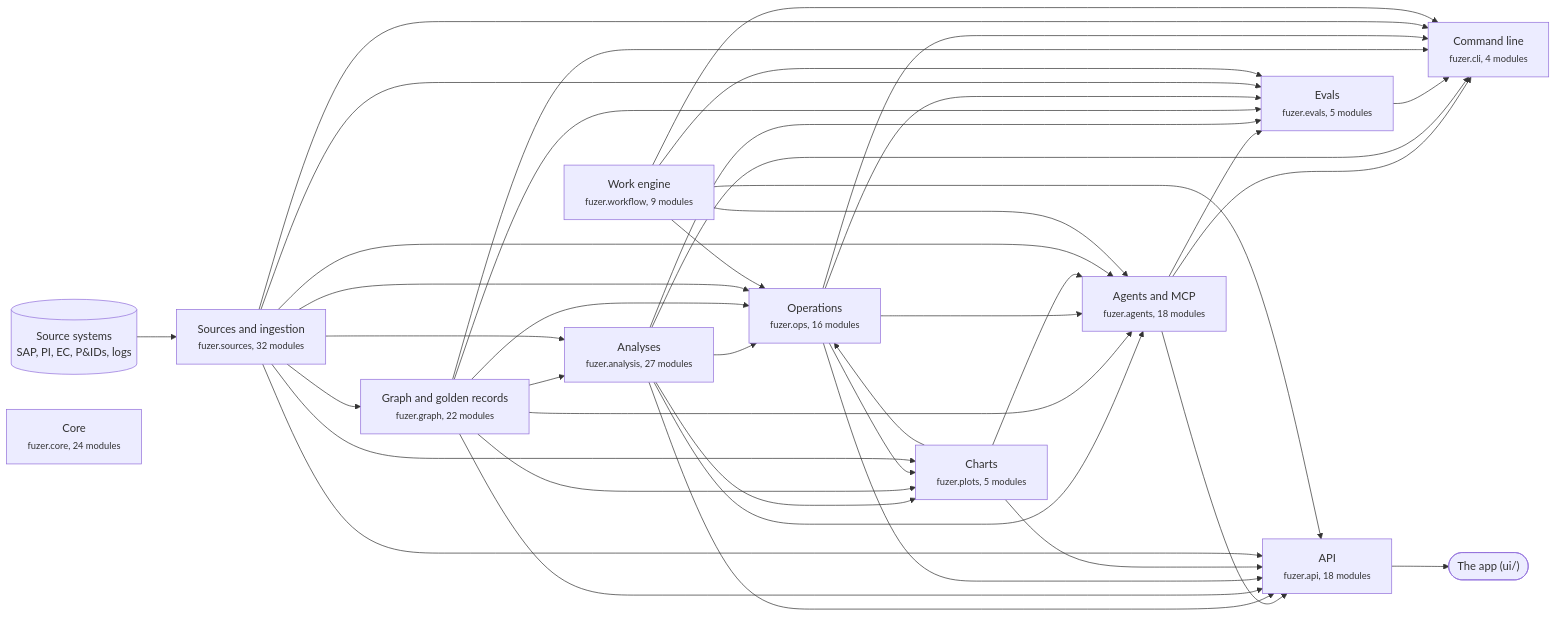
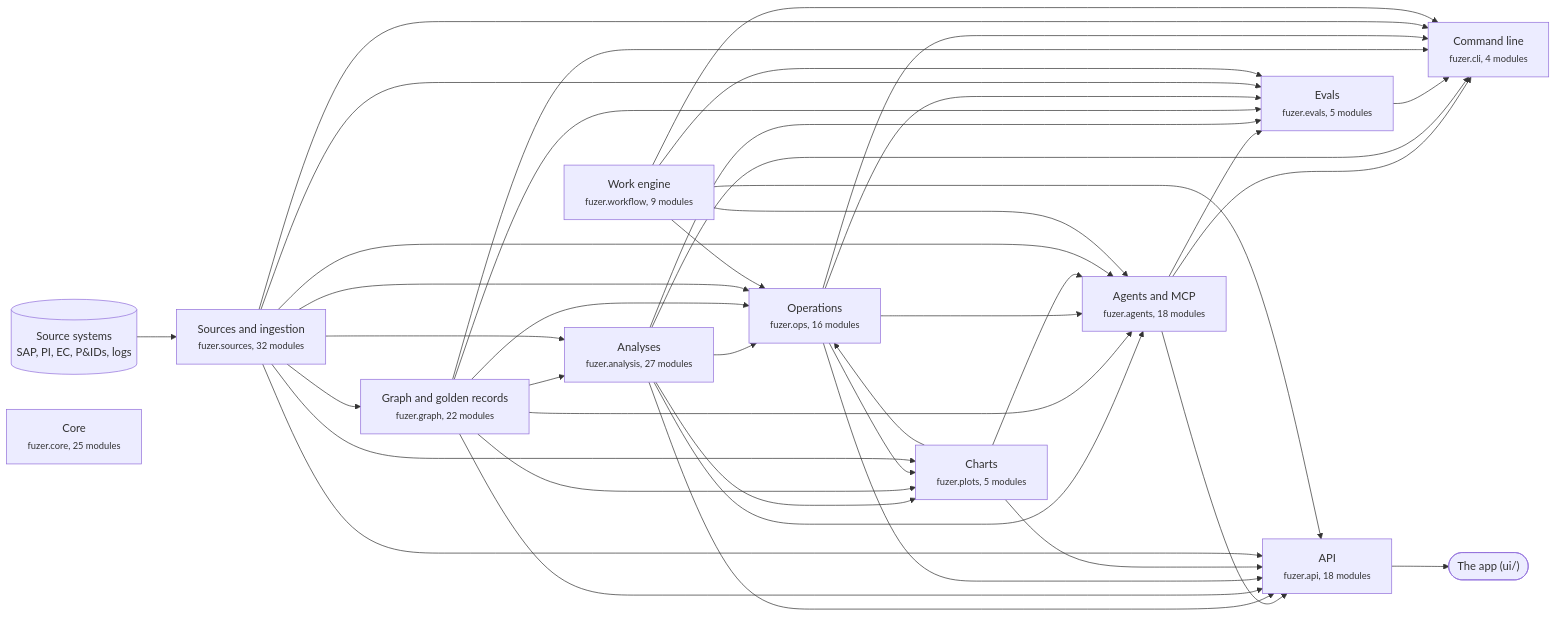
The first of 3 diagrams in docs/architecture.md (areed145/fuzer), drawn with Mermaid before and after one commit. The commit also changed other lines of this file and 18 other files, not shown here.

````diff
--- a/docs/architecture.md
+++ b/docs/architecture.md
@@ -8,66 +8,66 @@
 ```mermaid
 flowchart LR
   systems[("Source systems<br>SAP, PI, EC, P&IDs, logs")] --> c_sources
   app(["The app (ui/)"])
   c_api --> app
   c_sources["Sources and ingestion<br><small>fuzer.sources, 32 modules</small>"]
   c_graph["Graph and golden records<br><small>fuzer.graph, 22 modules</small>"]
   c_analysis["Analyses<br><small>fuzer.analysis, 27 modules</small>"]
   c_ops["Operations<br><small>fuzer.ops, 16 modules</small>"]
   c_plots["Charts<br><small>fuzer.plots, 5 modules</small>"]
   c_workflow["Work engine<br><small>fuzer.workflow, 9 modules</small>"]
   c_agents["Agents and MCP<br><small>fuzer.agents, 18 modules</small>"]
   c_evals["Evals<br><small>fuzer.evals, 5 modules</small>"]
   c_api["API<br><small>fuzer.api, 18 modules</small>"]
   c_cli["Command line<br><small>fuzer.cli, 4 modules</small>"]
-  c_core["Core<br><small>fuzer.core, 24 modules</small>"]
+  c_core["Core<br><small>fuzer.core, 25 modules</small>"]
   c_sources --> c_graph
   c_graph --> c_analysis
   c_sources --> c_analysis
   c_analysis --> c_ops
   c_graph --> c_ops
   c_plots --> c_ops
   c_sources --> c_ops
   c_workflow --> c_ops
   c_analysis --> c_plots
   c_graph --> c_plots
   c_ops --> c_plots
   c_sources --> c_plots
   c_analysis --> c_agents
   c_graph --> c_agents
   c_ops --> c_agents
   c_plots --> c_agents
   c_sources --> c_agents
   c_workflow --> c_agents
   c_agents --> c_evals
   c_analysis --> c_evals
   c_graph --> c_evals
   c_ops --> c_evals
   c_sources --> c_evals
   c_workflow --> c_evals
   c_agents --> c_api
   c_analysis --> c_api
   c_graph --> c_api
   c_ops --> c_api
   c_plots --> c_api
   c_sources --> c_api
   c_workflow --> c_api
   c_agents --> c_cli
   c_analysis --> c_cli
   c_evals --> c_cli
   c_graph --> c_cli
   c_ops --> c_cli
   c_sources --> c_cli
   c_workflow --> c_cli
   click c_sources "https://github.com/areed145/fuzer/tree/main/src/fuzer/sources"
   click c_graph "https://github.com/areed145/fuzer/tree/main/src/fuzer/graph"
   click c_analysis "https://github.com/areed145/fuzer/tree/main/src/fuzer/analysis"
   click c_ops "https://github.com/areed145/fuzer/tree/main/src/fuzer/ops"
   click c_plots "https://github.com/areed145/fuzer/tree/main/src/fuzer/plots"
   click c_workflow "https://github.com/areed145/fuzer/tree/main/src/fuzer/workflow"
   click c_agents "https://github.com/areed145/fuzer/tree/main/src/fuzer/agents"
   click c_evals "https://github.com/areed145/fuzer/tree/main/src/fuzer/evals"
   click c_api "https://github.com/areed145/fuzer/tree/main/src/fuzer/api"
   click c_cli "https://github.com/areed145/fuzer/tree/main/src/fuzer/cli"
   click c_core "https://github.com/areed145/fuzer/tree/main/src/fuzer/core"
 ```
````
